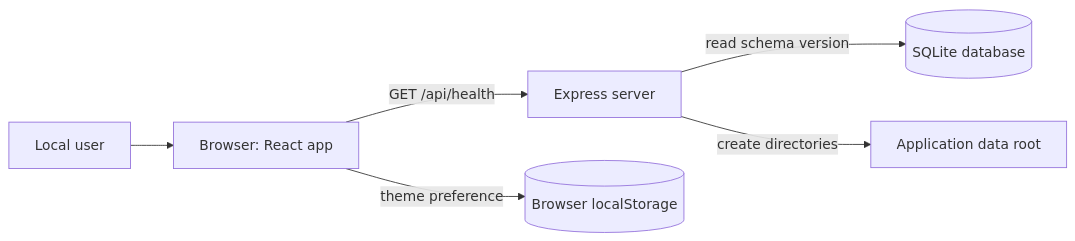
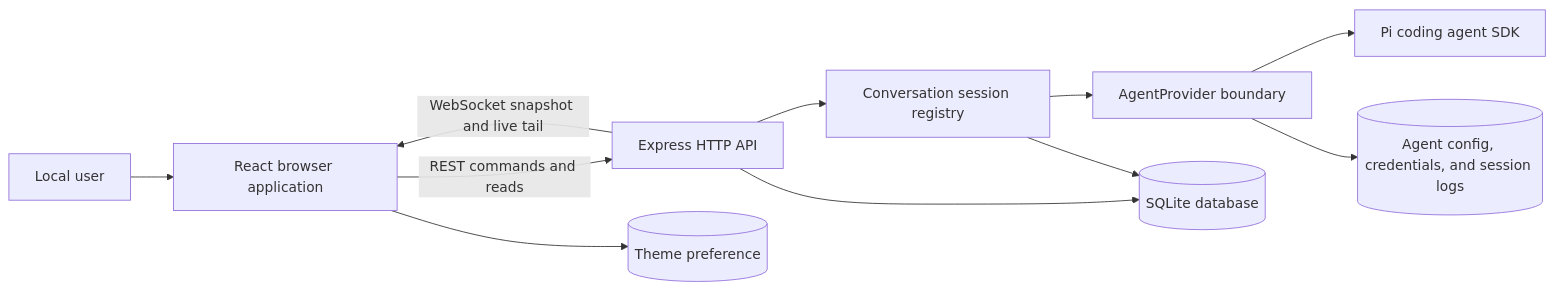
Before and after one commit to abranjith/auto-mate: the first of 4 diagrams in docs/architecture.md, drawn with Mermaid. The commit also changed other lines of this file and 77 other files, not shown here.

````diff
--- a/docs/architecture.md
+++ b/docs/architecture.md
@@ -8,8 +13,13 @@
 ```mermaid
 flowchart LR
-  User[Local user] --> Browser[Browser: React app]
-  Browser -->|GET /api/health| Server[Express server]
-  Server -->|read schema version| SQLite[(SQLite database)]
-  Server -->|create directories| Files[Application data root]
-  Browser -->|theme preference| LocalStorage[(Browser localStorage)]
+  User[Local user] --> Browser[React browser application]
+  Browser -->|REST commands and reads| Api[Express HTTP API]
+  Api -->|WebSocket snapshot and live tail| Browser
+  Api --> Sessions[Conversation session registry]
+  Sessions --> Provider[AgentProvider boundary]
+  Provider --> Pi[Pi coding agent SDK]
+  Api --> Db[(SQLite database)]
+  Sessions --> Db
+  Provider --> Files[(Agent config, credentials, and session logs)]
+  Browser --> LocalStorage[(Theme preference)]
 ```
````
